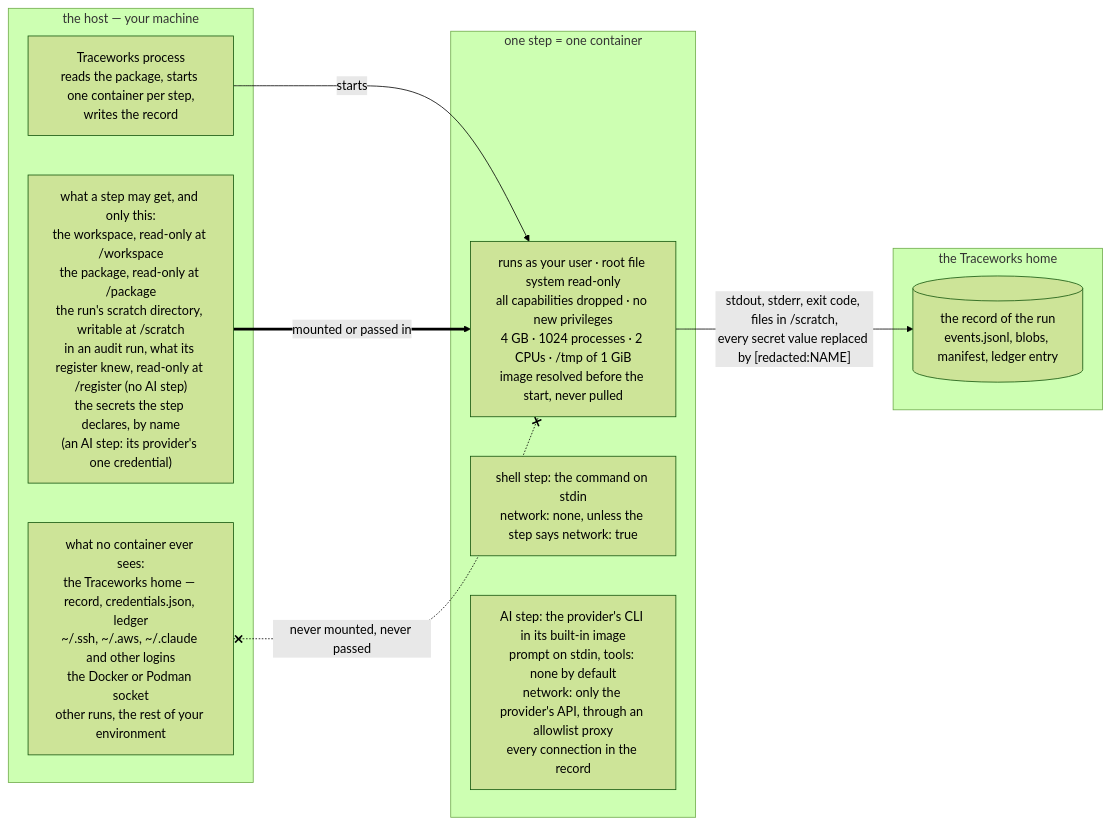
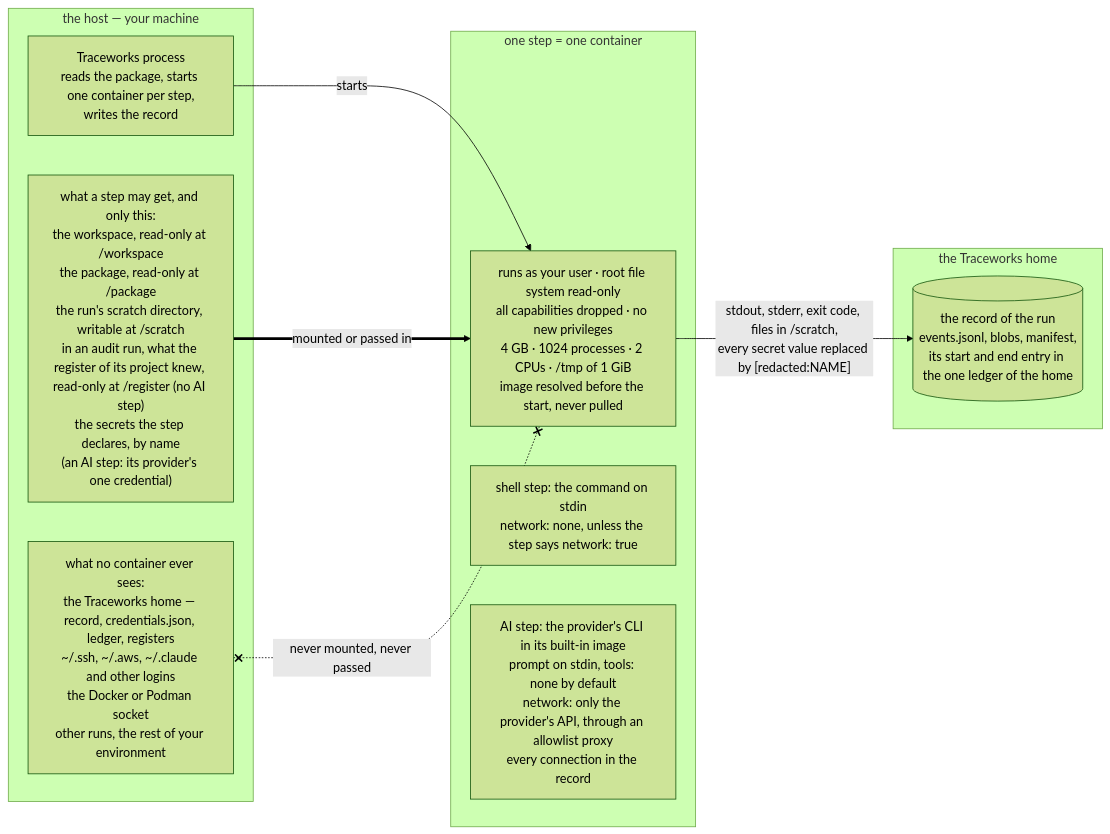
The diagram in docs/security.md (FLSEST/traceworks), drawn with Mermaid (forest theme) before and after one commit. The commit also changed other lines of this file and 222 other files, not shown here.

First line of the commit message:
Registers per project, a server for MCP clients, every answer checked, and a reference of the block types

````diff
--- a/docs/security.md
+++ b/docs/security.md
@@ -13,20 +13,20 @@
 ```mermaid
 flowchart LR
     subgraph host["the host — your machine"]
         tw["Traceworks process<br>reads the package, starts one container per step,<br>writes the record"]
-        gets["what a step may get, and only this:<br>the workspace, read-only at /workspace<br>the package, read-only at /package<br>the run's scratch directory, writable at /scratch<br>in an audit run, what its register knew, read-only at /register (no AI step)<br>the secrets the step declares, by name<br>(an AI step: its provider's one credential)"]
-        never["what no container ever sees:<br>the Traceworks home — record, credentials.json, ledger<br>~/.ssh, ~/.aws, ~/.claude and other logins<br>the Docker or Podman socket<br>other runs, the rest of your environment"]
+        gets["what a step may get, and only this:<br>the workspace, read-only at /workspace<br>the package, read-only at /package<br>the run's scratch directory, writable at /scratch<br>in an audit run, what the register of its project knew, read-only at /register (no AI step)<br>the secrets the step declares, by name<br>(an AI step: its provider's one credential)"]
+        never["what no container ever sees:<br>the Traceworks home — record, credentials.json, ledger, registers<br>~/.ssh, ~/.aws, ~/.claude and other logins<br>the Docker or Podman socket<br>other runs, the rest of your environment"]
     end
     subgraph container["one step = one container"]
         step["runs as your user · root file system read-only<br>all capabilities dropped · no new privileges<br>4 GB · 1024 processes · 2 CPUs · /tmp of 1 GiB<br>image resolved before the start, never pulled"]
         shellStep["shell step: the command on stdin<br>network: none, unless the step says network: true"]
         aiStep["AI step: the provider's CLI in its built-in image<br>prompt on stdin, tools: none by default<br>network: only the provider's API, through an allowlist proxy<br>every connection in the record"]
     end
     subgraph home["the Traceworks home"]
-        record[("the record of the run<br>events.jsonl, blobs, manifest, ledger entry")]
+        record[("the record of the run<br>events.jsonl, blobs, manifest,<br>its start and end entry in the one ledger of the home")]
     end
     tw -- "starts" --> step
     gets == "mounted or passed in" ==> step
     never x-. "never mounted, never passed" .-x step
     step -- "stdout, stderr, exit code, files in /scratch,<br>every secret value replaced by [redacted:NAME]" --> record
 ```
````
